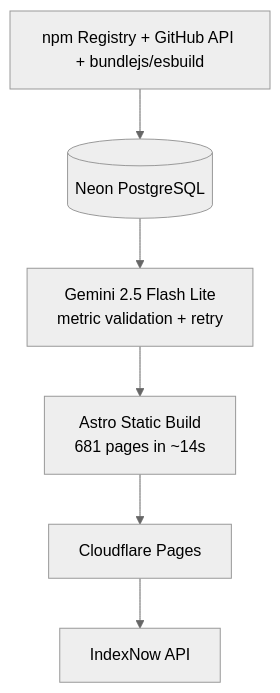
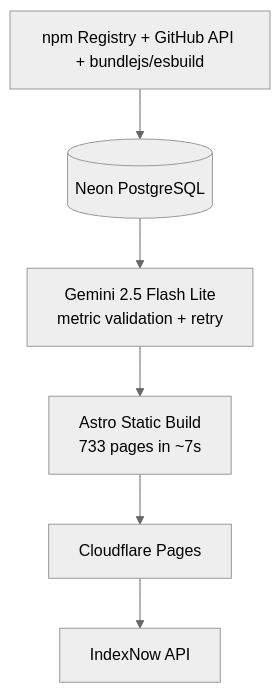
Before and after one commit to arasovic/devpick.co: the first of 2 diagrams in README.md, drawn with Mermaid (neutral theme). The commit also changed other lines of this file and 1 other file, not shown here.

````diff
--- a/README.md
+++ b/README.md
@@ -43,8 +43,8 @@
 ```mermaid
 flowchart TD
     A[npm Registry + GitHub API + bundlejs/esbuild] --> B[(Neon PostgreSQL)]
     B --> C[Gemini 2.5 Flash Lite<br/>metric validation + retry]
-    C --> D[Astro Static Build<br/>681 pages in ~14s]
+    C --> D[Astro Static Build<br/>733 pages in ~7s]
     D --> E[Cloudflare Pages]
     E --> F[IndexNow API]
 ```
````
